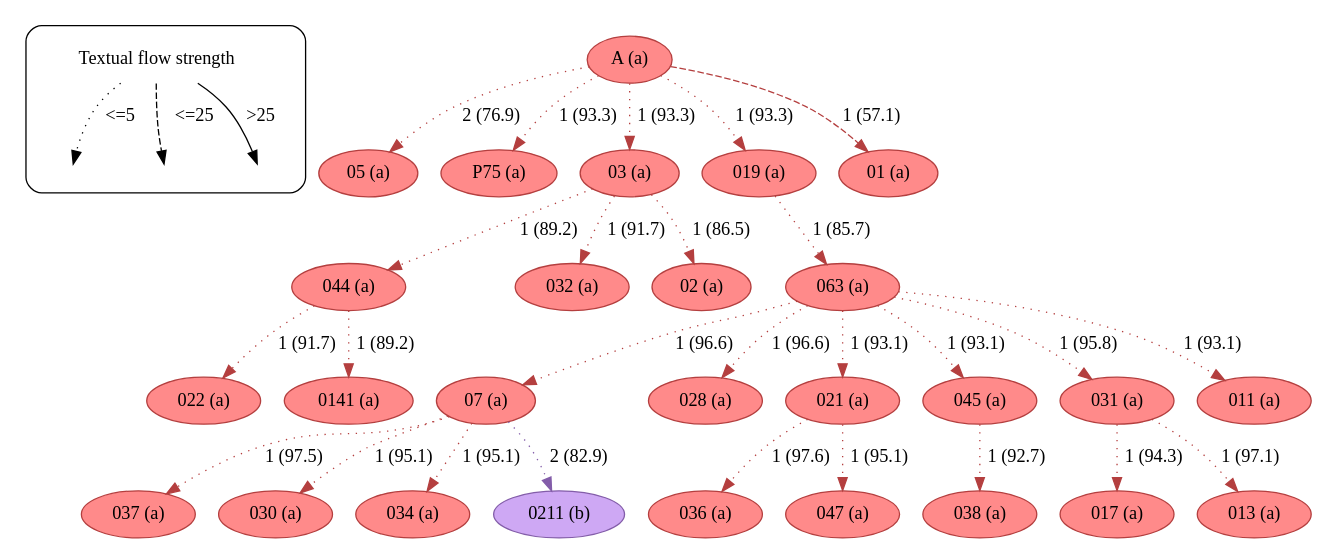
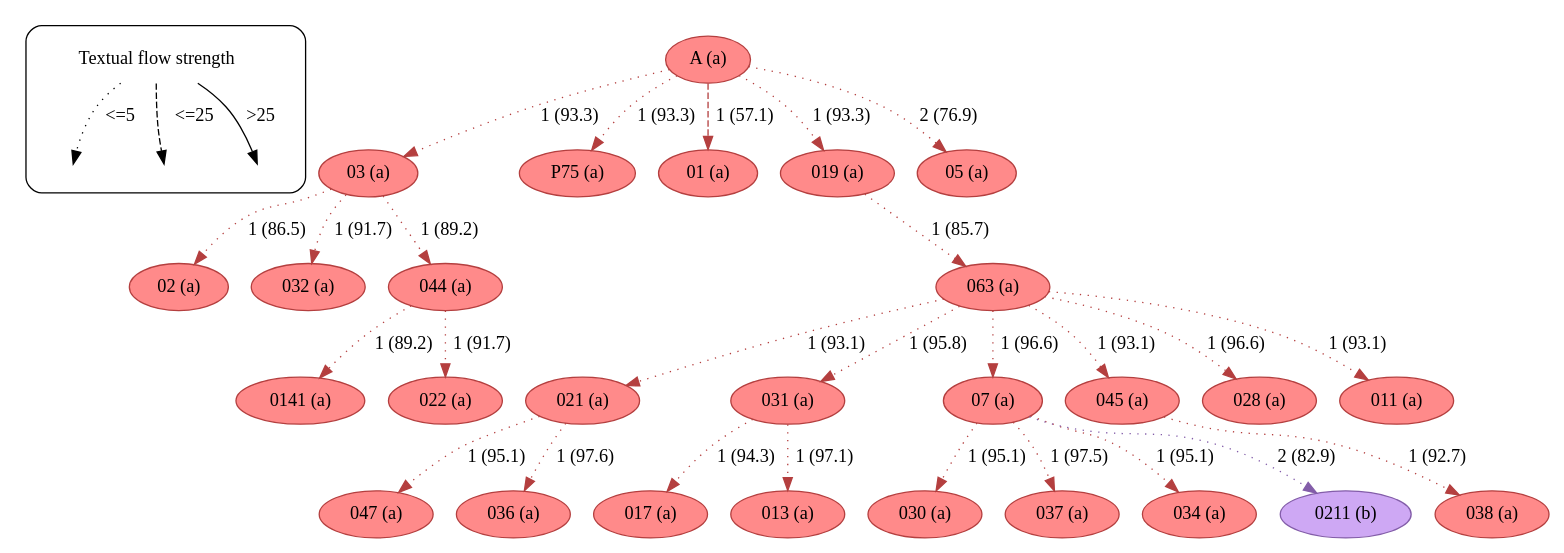
One commit to edmondac/CBGM changed the diagram in example/c499/textual_flow_22_3_c499.dot. Above: the diagram before and after it, drawn with Graphviz. The commit also changed other lines of this file and 164 other files, not shown here.

```diff
--- a/example/c499/textual_flow_22_3_c499.dot
+++ b/example/c499/textual_flow_22_3_c499.dot
@@ -23,36 +23,43 @@
 		leg_s -> leg_e3		 [label=">25",
 			style=solid];
 	}
+	03	 [color="#b43f3f",
+		fillcolor="#FF8A8A",
+		label="03 (a)",
+		style=filled];
+	02	 [color="#b43f3f",
+		fillcolor="#FF8A8A",
+		label="02 (a)",
+		style=filled];
+	03 -> 02	 [color="#b43f3f",
+		label="1 (86.5)",
+		style=dotted];
+	032	 [color="#b43f3f",
+		fillcolor="#FF8A8A",
+		label="032 (a)",
+		style=filled];
+	03 -> 032	 [color="#b43f3f",
+		label="1 (91.7)",
+		style=dotted];
+	044	 [color="#b43f3f",
+		fillcolor="#FF8A8A",
+		label="044 (a)",
+		style=filled];
+	03 -> 044	 [color="#b43f3f",
+		label="1 (89.2)",
+		style=dotted];
 	A	 [color="#b43f3f",
 		fillcolor="#FF8A8A",
 		label="A (a)",
 		style=filled];
-	05	 [color="#b43f3f",
-		fillcolor="#FF8A8A",
-		label="05 (a)",
-		style=filled];
-	A -> 05	 [color="#b43f3f",
-		label="2 (76.9)",
+	A -> 03	 [color="#b43f3f",
+		label="1 (93.3)",
 		style=dotted];
 	P75	 [color="#b43f3f",
 		fillcolor="#FF8A8A",
 		label="P75 (a)",
 		style=filled];
 	A -> P75	 [color="#b43f3f",
-		label="1 (93.3)",
-		style=dotted];
-	03	 [color="#b43f3f",
-		fillcolor="#FF8A8A",
-		label="03 (a)",
-		style=filled];
-	A -> 03	 [color="#b43f3f",
-		label="1 (93.3)",
-		style=dotted];
-	019	 [color="#b43f3f",
-		fillcolor="#FF8A8A",
-		label="019 (a)",
-		style=filled];
-	A -> 019	 [color="#b43f3f",
 		label="1 (93.3)",
 		style=dotted];
 	01	 [color="#b43f3f",
@@ -62,36 +69,43 @@
 	A -> 01	 [color="#b43f3f",
 		label="1 (57.1)",
 		style=dashed];
-	063	 [color="#b43f3f",
+	019	 [color="#b43f3f",
 		fillcolor="#FF8A8A",
-		label="063 (a)",
+		label="019 (a)",
 		style=filled];
-	07	 [color="#b43f3f",
+	A -> 019	 [color="#b43f3f",
+		label="1 (93.3)",
+		style=dotted];
+	05	 [color="#b43f3f",
 		fillcolor="#FF8A8A",
-		label="07 (a)",
+		label="05 (a)",
 		style=filled];
-	063 -> 07	 [color="#b43f3f",
-		label="1 (96.6)",
-		style=dotted];
-	028	 [color="#b43f3f",
-		fillcolor="#FF8A8A",
-		label="028 (a)",
-		style=filled];
-	063 -> 028	 [color="#b43f3f",
-		label="1 (96.6)",
+	A -> 05	 [color="#b43f3f",
+		label="2 (76.9)",
 		style=dotted];
 	021	 [color="#b43f3f",
 		fillcolor="#FF8A8A",
 		label="021 (a)",
 		style=filled];
+	047	 [color="#b43f3f",
+		fillcolor="#FF8A8A",
+		label="047 (a)",
+		style=filled];
+	021 -> 047	 [color="#b43f3f",
+		label="1 (95.1)",
+		style=dotted];
+	036	 [color="#b43f3f",
+		fillcolor="#FF8A8A",
+		label="036 (a)",
+		style=filled];
+	021 -> 036	 [color="#b43f3f",
+		label="1 (97.6)",
+		style=dotted];
+	063	 [color="#b43f3f",
+		fillcolor="#FF8A8A",
+		label="063 (a)",
+		style=filled];
 	063 -> 021	 [color="#b43f3f",
-		label="1 (93.1)",
-		style=dotted];
-	045	 [color="#b43f3f",
-		fillcolor="#FF8A8A",
-		label="045 (a)",
-		style=filled];
-	063 -> 045	 [color="#b43f3f",
 		label="1 (93.1)",
 		style=dotted];
 	031	 [color="#b43f3f",
@@ -101,6 +115,27 @@
 	063 -> 031	 [color="#b43f3f",
 		label="1 (95.8)",
 		style=dotted];
+	07	 [color="#b43f3f",
+		fillcolor="#FF8A8A",
+		label="07 (a)",
+		style=filled];
+	063 -> 07	 [color="#b43f3f",
+		label="1 (96.6)",
+		style=dotted];
+	045	 [color="#b43f3f",
+		fillcolor="#FF8A8A",
+		label="045 (a)",
+		style=filled];
+	063 -> 045	 [color="#b43f3f",
+		label="1 (93.1)",
+		style=dotted];
+	028	 [color="#b43f3f",
+		fillcolor="#FF8A8A",
+		label="028 (a)",
+		style=filled];
+	063 -> 028	 [color="#b43f3f",
+		label="1 (96.6)",
+		style=dotted];
 	011	 [color="#b43f3f",
 		fillcolor="#FF8A8A",
 		label="011 (a)",
@@ -108,12 +143,19 @@
 	063 -> 011	 [color="#b43f3f",
 		label="1 (93.1)",
 		style=dotted];
-	037	 [color="#b43f3f",
+	017	 [color="#b43f3f",
 		fillcolor="#FF8A8A",
-		label="037 (a)",
+		label="017 (a)",
 		style=filled];
-	07 -> 037	 [color="#b43f3f",
-		label="1 (97.5)",
+	031 -> 017	 [color="#b43f3f",
+		label="1 (94.3)",
+		style=dotted];
+	013	 [color="#b43f3f",
+		fillcolor="#FF8A8A",
+		label="013 (a)",
+		style=filled];
+	031 -> 013	 [color="#b43f3f",
+		label="1 (97.1)",
 		style=dotted];
 	030	 [color="#b43f3f",
 		fillcolor="#FF8A8A",
@@ -121,6 +163,13 @@
 		style=filled];
 	07 -> 030	 [color="#b43f3f",
 		label="1 (95.1)",
+		style=dotted];
+	037	 [color="#b43f3f",
+		fillcolor="#FF8A8A",
+		label="037 (a)",
+		style=filled];
+	07 -> 037	 [color="#b43f3f",
+		label="1 (97.5)",
 		style=dotted];
 	034	 [color="#b43f3f",
 		fillcolor="#FF8A8A",
@@ -136,55 +185,6 @@
 	07 -> 0211	 [color="#835da9",
 		label="2 (82.9)",
 		style=dotted];
-	036	 [color="#b43f3f",
-		fillcolor="#FF8A8A",
-		label="036 (a)",
-		style=filled];
-	021 -> 036	 [color="#b43f3f",
-		label="1 (97.6)",
-		style=dotted];
-	047	 [color="#b43f3f",
-		fillcolor="#FF8A8A",
-		label="047 (a)",
-		style=filled];
-	021 -> 047	 [color="#b43f3f",
-		label="1 (95.1)",
-		style=dotted];
-	044	 [color="#b43f3f",
-		fillcolor="#FF8A8A",
-		label="044 (a)",
-		style=filled];
-	03 -> 044	 [color="#b43f3f",
-		label="1 (89.2)",
-		style=dotted];
-	032	 [color="#b43f3f",
-		fillcolor="#FF8A8A",
-		label="032 (a)",
-		style=filled];
-	03 -> 032	 [color="#b43f3f",
-		label="1 (91.7)",
-		style=dotted];
-	02	 [color="#b43f3f",
-		fillcolor="#FF8A8A",
-		label="02 (a)",
-		style=filled];
-	03 -> 02	 [color="#b43f3f",
-		label="1 (86.5)",
-		style=dotted];
-	022	 [color="#b43f3f",
-		fillcolor="#FF8A8A",
-		label="022 (a)",
-		style=filled];
-	044 -> 022	 [color="#b43f3f",
-		label="1 (91.7)",
-		style=dotted];
-	0141	 [color="#b43f3f",
-		fillcolor="#FF8A8A",
-		label="0141 (a)",
-		style=filled];
-	044 -> 0141	 [color="#b43f3f",
-		label="1 (89.2)",
-		style=dotted];
 	019 -> 063	 [color="#b43f3f",
 		label="1 (85.7)",
 		style=dotted];
@@ -195,18 +195,18 @@
 	045 -> 038	 [color="#b43f3f",
 		label="1 (92.7)",
 		style=dotted];
-	017	 [color="#b43f3f",
+	0141	 [color="#b43f3f",
 		fillcolor="#FF8A8A",
-		label="017 (a)",
+		label="0141 (a)",
 		style=filled];
-	031 -> 017	 [color="#b43f3f",
-		label="1 (94.3)",
+	044 -> 0141	 [color="#b43f3f",
+		label="1 (89.2)",
 		style=dotted];
-	013	 [color="#b43f3f",
+	022	 [color="#b43f3f",
 		fillcolor="#FF8A8A",
-		label="013 (a)",
+		label="022 (a)",
 		style=filled];
-	031 -> 013	 [color="#b43f3f",
-		label="1 (97.1)",
+	044 -> 022	 [color="#b43f3f",
+		label="1 (91.7)",
 		style=dotted];
 }
```
